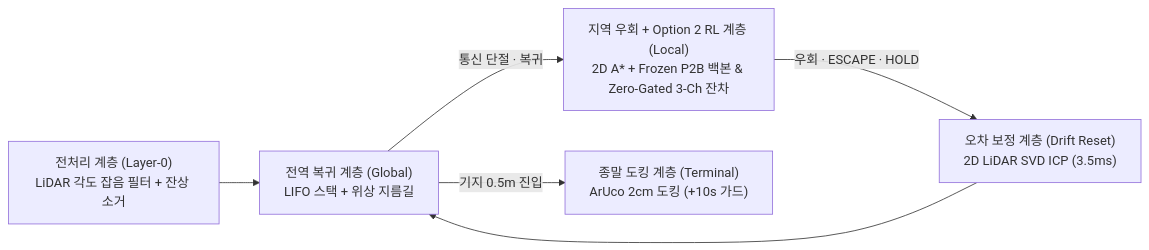
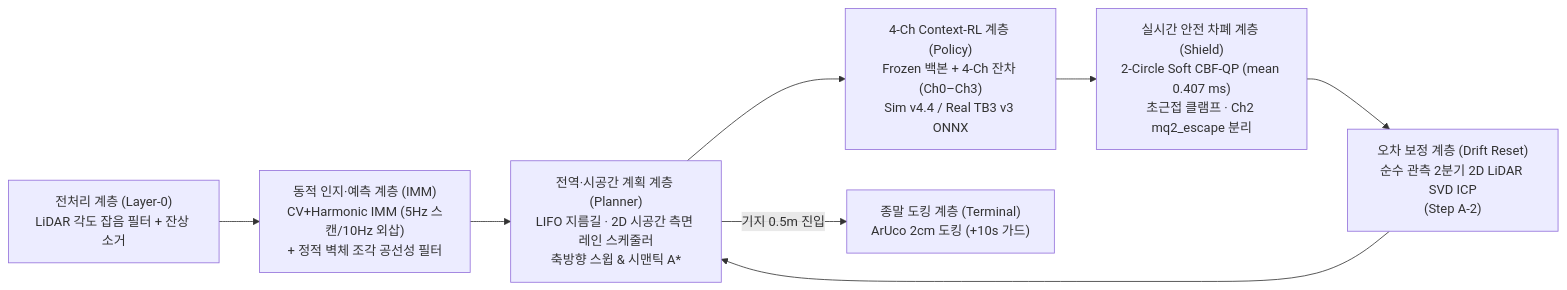
Before and after one commit to rjw136-lab/disaster_recovery_ws: the third of 4 diagrams in README.md, drawn with Mermaid. The commit also changed other lines of this file and 477 other files, not shown here.

First line of the commit message:
feat(phase4): finalize Step B-4 + Semantic 10/10 + Option 1 stabilization and update README

````diff
--- a/README.md
+++ b/README.md
@@ -262,8 +267,10 @@
 ```mermaid
 flowchart LR
-    S["전처리 계층 (Layer-0)<br/>LiDAR 각도 잡음 필터 + 잔상 소거"] --> G["전역 복귀 계층 (Global)<br/>LIFO 스택 + 위상 지름길"]
-    G -->|"통신 단절 · 복귀"| L["지역 우회 + Option 2 RL 계층 (Local)<br/>2D A* + Frozen P2B 백본 & Zero-Gated 3-Ch 잔차"]
-    L -->|"우회 · ESCAPE · HOLD"| D["오차 보정 계층 (Drift Reset)<br/>2D LiDAR SVD ICP (3.5ms)"]
-    D --> G
-    G -->|"기지 0.5m 진입"| T["종말 도킹 계층 (Terminal)<br/>ArUco 2cm 도킹 (+10s 가드)"]
+    S["전처리 계층 (Layer-0)<br/>LiDAR 각도 잡음 필터 + 잔상 소거"] --> T["동적 인지·예측 계층 (IMM)<br/>CV+Harmonic IMM (5Hz 스캔/10Hz 외삽)<br/>+ 정적 벽체 조각 공선성 필터"]
+    T --> P["전역·시공간 계획 계층 (Planner)<br/>LIFO 지름길 · 2D 시공간 측면 레인 스케줄러<br/>축방향 스윕 & 시맨틱 A*"]
+    P --> R["4-Ch Context-RL 계층 (Policy)<br/>Frozen 백본 + 4-Ch 잔차 (Ch0–Ch3)<br/>Sim v4.4 / Real TB3 v3 ONNX"]
+    R --> C["실시간 안전 차폐 계층 (Shield)<br/>2-Circle Soft CBF-QP (mean 0.407 ms)<br/>초근접 클램프 · Ch2 mq2_escape 분리"]
+    C --> D["오차 보정 계층 (Drift Reset)<br/>순수 관측 2분기 2D LiDAR SVD ICP<br/>(Step A-2)"]
+    D --> P
+    P -->|"기지 0.5m 진입"| A["종말 도킹 계층 (Terminal)<br/>ArUco 2cm 도킹 (+10s 가드)"]
 ```
````
